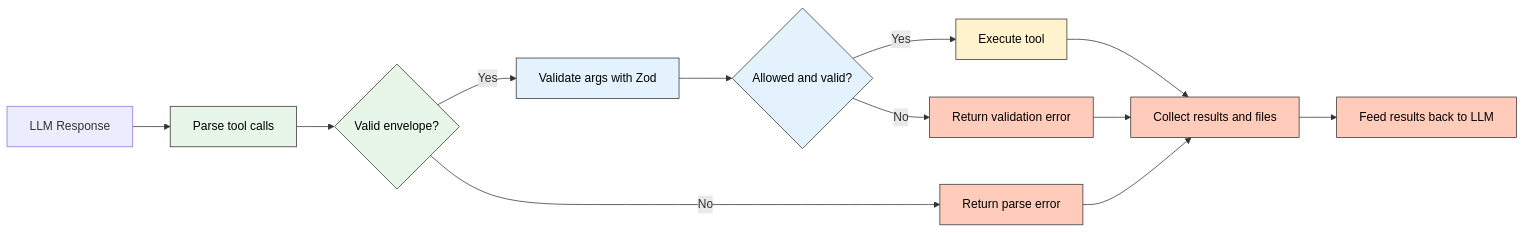
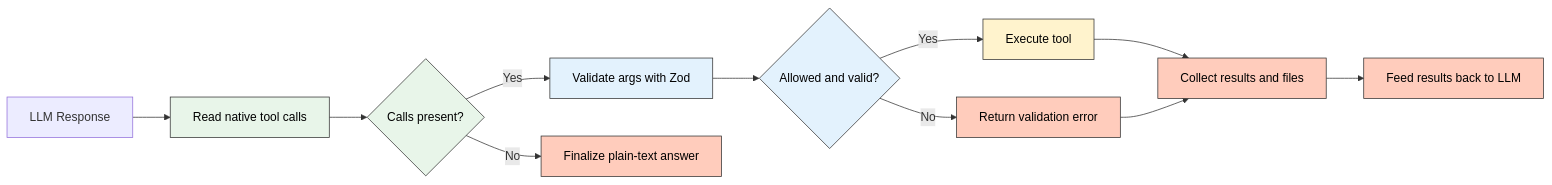
One commit to BokX1/Sage changed the second of 2 diagrams in docs/architecture/PIPELINE.md. Above: the diagram before and after it, drawn with Mermaid. The commit also changed other lines of this file and 80 other files, not shown here.

````diff
--- a/docs/architecture/PIPELINE.md
+++ b/docs/architecture/PIPELINE.md
@@ -96,19 +96,18 @@
 ```mermaid
 flowchart LR
     classDef parse fill:#e8f5e9,stroke:#333,color:black
     classDef validate fill:#e3f2fd,stroke:#333,color:black
     classDef execute fill:#fff3cd,stroke:#333,color:black
     classDef result fill:#ffccbc,stroke:#333,color:black
 
-    A[LLM Response] --> B[Parse tool calls]:::parse
-    B --> C{Valid envelope?}:::parse
+    A[LLM Response] --> B[Read native tool calls]:::parse
+    B --> C{Calls present?}:::parse
     C -->|Yes| D[Validate args with Zod]:::validate
     D --> E{Allowed and valid?}:::validate
     E -->|Yes| F[Execute tool]:::execute
     E -->|No| G[Return validation error]:::result
-    C -->|No| H[Return parse error]:::result
+    C -->|No| H[Finalize plain-text answer]:::result
     F --> I[Collect results and files]:::result
     G --> I
-    H --> I
     I --> J[Feed results back to LLM]:::result
 ```
````
